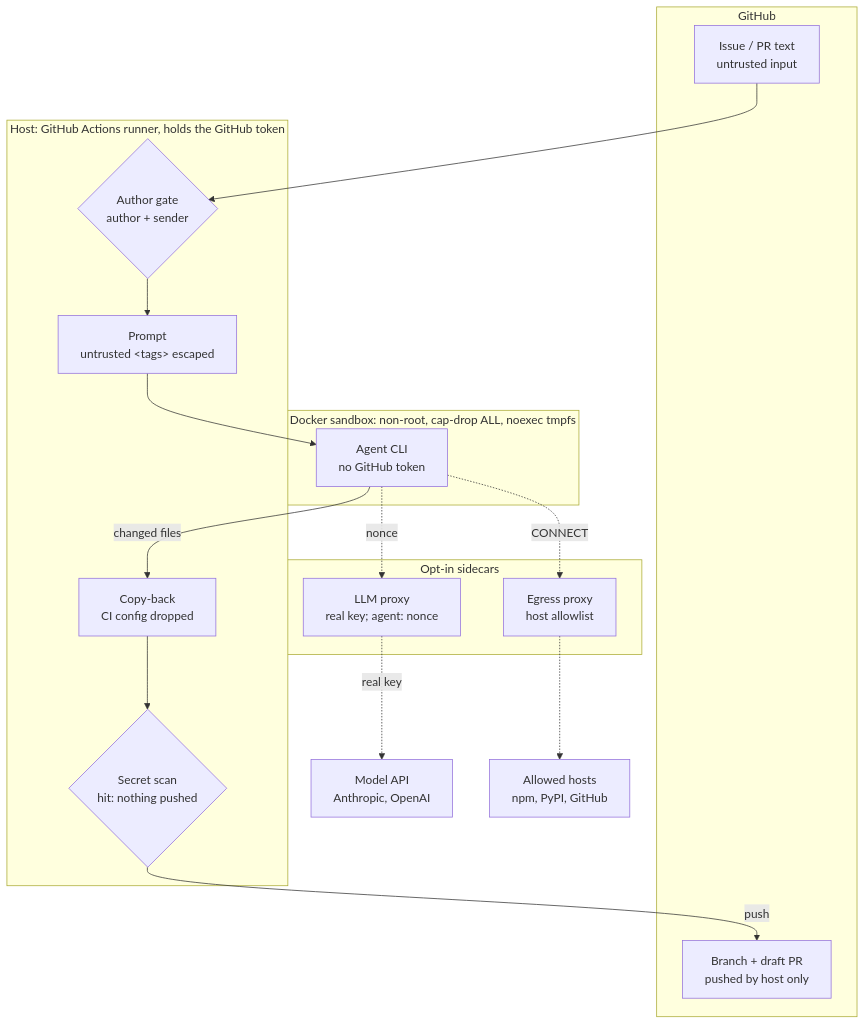
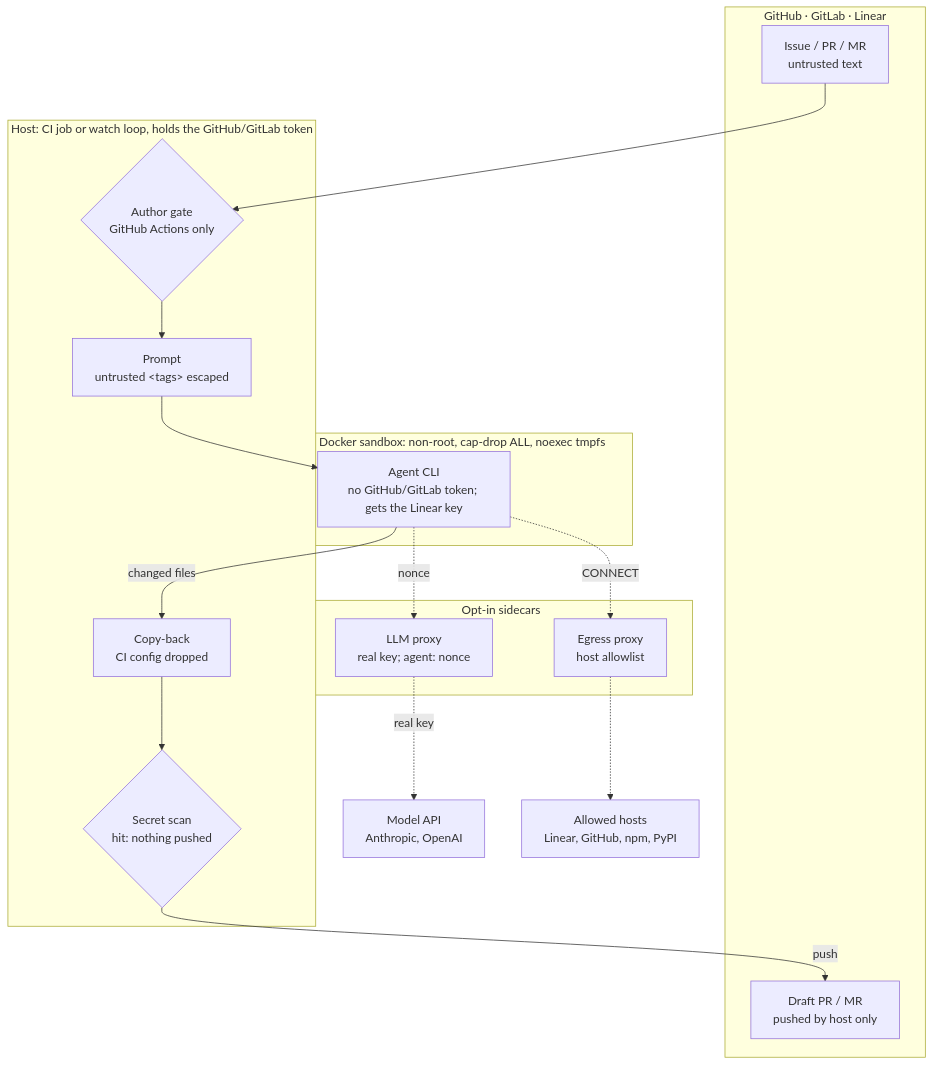
One commit to SebaBoler/vanguard changed the diagram in docs/diagrams/security.mmd. Above: the diagram before and after it, drawn with Mermaid. The commit also changed 16 other files, not shown here.

Commit message:
docs: diagrams cover GitLab and Linear, not just GitHub (#545)

```diff
--- a/docs/diagrams/security.mmd
+++ b/docs/diagrams/security.mmd
@@ -1,30 +1,30 @@
 %% Security boundary: the topology behind security-light.svg / security-dark.svg (README "Security").
 %% Change it here first, mirror it in security.archify.json, then re-render with archify (github.com/tt-a1i/archify):
 %%   node archify/bin/archify.mjs deliver architecture docs/diagrams/security.archify.json <out>.html --quality showcase
 %% Open <out>.html → Export → SVG, then: docs/diagrams/split-theme.sh <export>.svg security
 %% Dashed = opt-in: --llm-proxy (on in the review and revise workflows) and --egress.
 flowchart TB
-  subgraph github[GitHub]
-    input["Issue / PR text<br/>untrusted input"]
-    pr["Branch + draft PR<br/>pushed by host only"]
+  subgraph forge[GitHub · GitLab · Linear]
+    input["Issue / PR / MR<br/>untrusted text"]
+    pr["Draft PR / MR<br/>pushed by host only"]
   end
-  subgraph host[Host: GitHub Actions runner, holds the GitHub token]
-    gate{"Author gate<br/>author + sender"}
+  subgraph host[Host: CI job or watch loop, holds the GitHub/GitLab token]
+    gate{"Author gate<br/>GitHub Actions only"}
     prompt["Prompt<br/>untrusted &lt;tags&gt; escaped"]
     copyback["Copy-back<br/>CI config dropped"]
     scan{"Secret scan<br/>hit: nothing pushed"}
   end
   subgraph sandbox[Docker sandbox: non-root, cap-drop ALL, noexec tmpfs]
-    agent["Agent CLI<br/>no GitHub token"]
+    agent["Agent CLI<br/>no GitHub/GitLab token; gets the Linear key"]
   end
   subgraph sidecars[Opt-in sidecars]
     llmproxy["LLM proxy<br/>real key; agent: nonce"]
     egress["Egress proxy<br/>host allowlist"]
   end
   model["Model API<br/>Anthropic, OpenAI"]
-  hosts["Allowed hosts<br/>npm, PyPI, GitHub"]
+  hosts["Allowed hosts<br/>Linear, GitHub, npm, PyPI"]
 
   input --> gate --> prompt --> agent
   agent -->|changed files| copyback --> scan -->|push| pr
   agent -.->|nonce| llmproxy -.->|real key| model
   agent -.->|CONNECT| egress -.-> hosts
```
